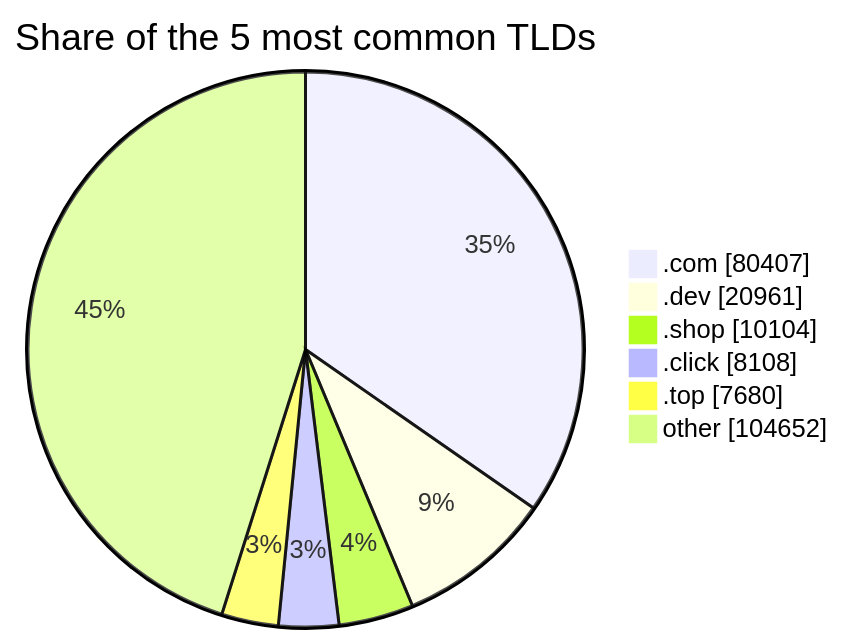
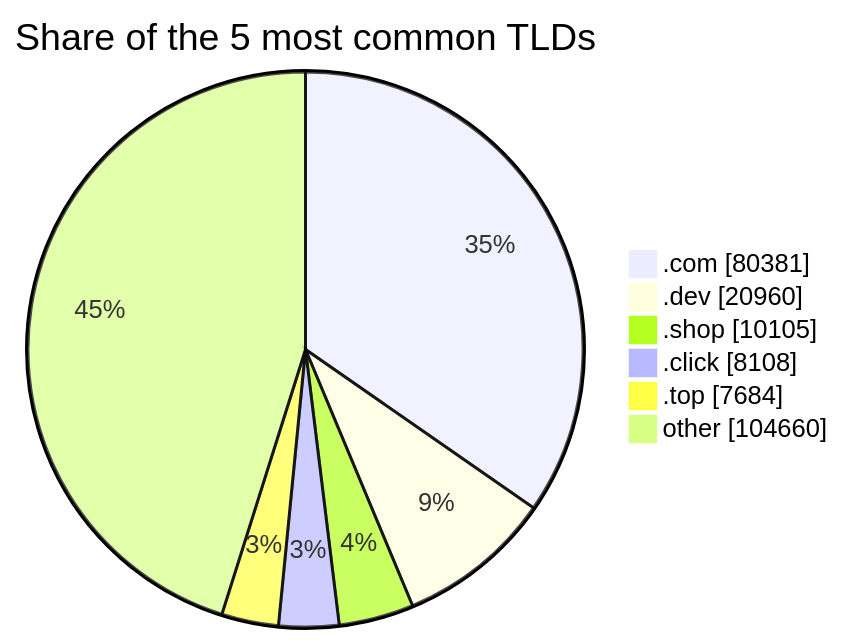
The third of 3 diagrams in README.md (DNSBunker/CTI), drawn with Mermaid before and after one commit. The commit also changed other lines of this file and 3 other files, not shown here.

````diff
--- a/README.md
+++ b/README.md
@@ -81,9 +81,9 @@
 ```mermaid
 pie showData title Share of the 5 most common TLDs
-    ".com" : 80407
-    ".dev" : 20961
-    ".shop" : 10104
+    ".com" : 80381
+    ".dev" : 20960
+    ".shop" : 10105
     ".click" : 8108
-    ".top" : 7680
-    "other" : 104652
+    ".top" : 7684
+    "other" : 104660
 ```
````
